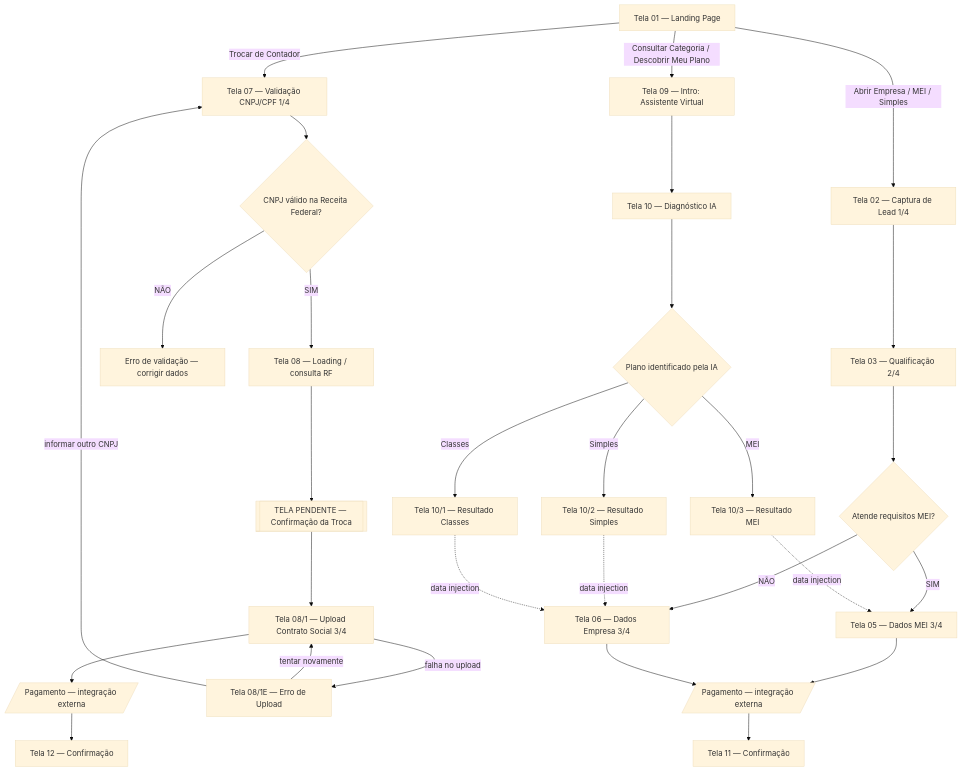
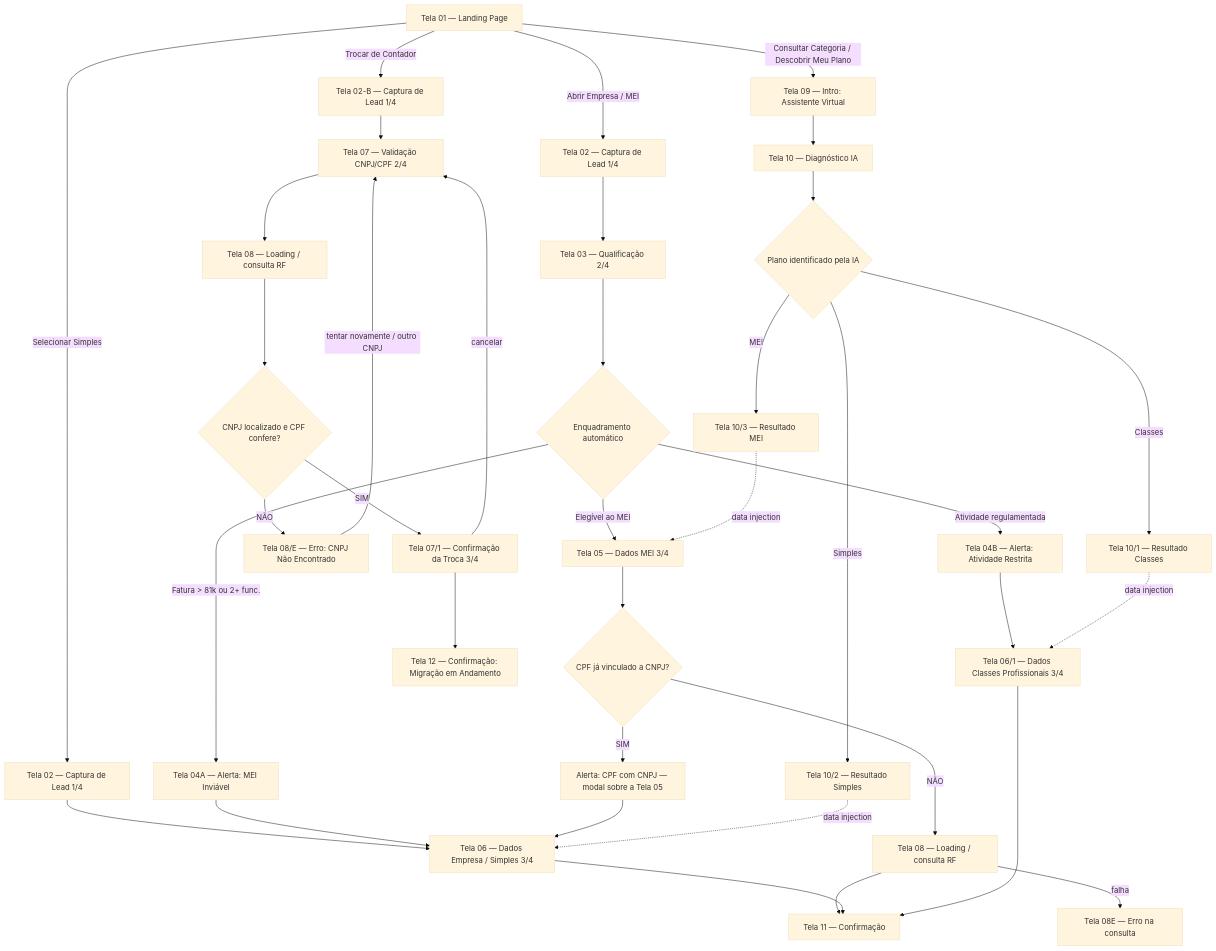
One commit to RicMerces/contabinex-lp changed the diagram in fluxo.md. Above: the diagram before and after it, drawn with Mermaid (base theme). The commit also changed other lines of this file and 37 other files, not shown here.

First line of the commit message:
Implementa os roteiros de MEI, Simples, Classes e Troca de Contador

````diff
--- a/fluxo.md
+++ b/fluxo.md
@@ -35,38 +50,46 @@
 ```mermaid
 flowchart TD
     T01[Tela 01 — Landing Page]
 
     %% ---------- FUNIL A ----------
-    T01 -->|Abrir Empresa / MEI / Simples| T02[Tela 02 — Captura de Lead 1/4]
+    T01 -->|Abrir Empresa / MEI| T02[Tela 02 — Captura de Lead 1/4]
+    T01 -->|Selecionar Simples| T02S[Tela 02 — Captura de Lead 1/4]
+    T02S --> T06
     T02 --> T03[Tela 03 — Qualificação 2/4]
-    T03 --> DMEI{Atende requisitos MEI?}
-    DMEI -->|SIM| T05[Tela 05 — Dados MEI 3/4]
-    DMEI -->|NÃO| T06[Tela 06 — Dados Empresa 3/4]
-    T05 --> PAY_A[/Pagamento — integração externa/]
-    T06 --> PAY_A
-    PAY_A --> T11[Tela 11 — Confirmação]
+    T03 --> DENQ{Enquadramento automático}
+    DENQ -->|Atividade regulamentada| T04B[Tela 04B — Alerta: Atividade Restrita]
+    DENQ -->|Fatura > 81k ou 2+ func.| T04A[Tela 04A — Alerta: MEI Inviável]
+    DENQ -->|Elegível ao MEI| T05[Tela 05 — Dados MEI 3/4]
+    T04A --> T06[Tela 06 — Dados Empresa / Simples 3/4]
+    T04B --> T061[Tela 06/1 — Dados Classes Profissionais 3/4]
+    T05 --> DCPF{CPF já vinculado a CNPJ?}
+    DCPF -->|SIM| T05A[Alerta: CPF com CNPJ — modal sobre a Tela 05]
+    T05A --> T06
+    DCPF -->|NÃO| T08A[Tela 08 — Loading / consulta RF]
+    T08A --> T11[Tela 11 — Confirmação]
+    T08A -->|falha| T08AE[Tela 08E — Erro na consulta]
+    T06 --> T11
+    T061 --> T11
 
     %% ---------- FUNIL B ----------
-    T01 -->|Trocar de Contador| T07[Tela 07 — Validação CNPJ/CPF 1/4]
-    T07 --> DCNPJ{CNPJ válido na Receita Federal?}
-    DCNPJ -->|NÃO| ERRCNPJ[Erro de validação — corrigir dados]
-    DCNPJ -->|SIM| T08[Tela 08 — Loading / consulta RF]
-    T08 --> TCONF[["TELA PENDENTE — Confirmação da Troca"]]
-    TCONF --> T081[Tela 08/1 — Upload Contrato Social 3/4]
-    T081 -->|falha no upload| T081E[Tela 08/1E — Erro de Upload]
-    T081E -->|tentar novamente| T081
-    T081E -->|informar outro CNPJ| T07
-    T081 --> PAY_B[/Pagamento — integração externa/]
-    PAY_B --> T12[Tela 12 — Confirmação]
+    T01 -->|Trocar de Contador| T02B[Tela 02-B — Captura de Lead 1/4]
+    T02B --> T07[Tela 07 — Validação CNPJ/CPF 2/4]
+    T07 --> T08[Tela 08 — Loading / consulta RF]
+    T08 --> DCNPJ{CNPJ localizado e CPF confere?}
+    DCNPJ -->|NÃO| T08E[Tela 08/E — Erro: CNPJ Não Encontrado]
+    T08E -->|tentar novamente / outro CNPJ| T07
+    DCNPJ -->|SIM| T071[Tela 07/1 — Confirmação da Troca 3/4]
+    T071 -->|cancelar| T07
+    T071 --> T12[Tela 12 — Confirmação: Migração em Andamento]
 
     %% ---------- FUNIL C ----------
     T01 -->|Consultar Categoria / Descobrir Meu Plano| T09[Tela 09 — Intro: Assistente Virtual]
     T09 --> T10[Tela 10 — Diagnóstico IA]
     T10 --> DIA{Plano identificado pela IA}
     DIA -->|MEI| T103[Tela 10/3 — Resultado MEI]
     DIA -->|Simples| T102[Tela 10/2 — Resultado Simples]
     DIA -->|Classes| T101[Tela 10/1 — Resultado Classes]
     T103 -.data injection.-> T05
     T102 -.data injection.-> T06
-    T101 -.data injection.-> T06
+    T101 -.data injection.-> T061
 ```
````
